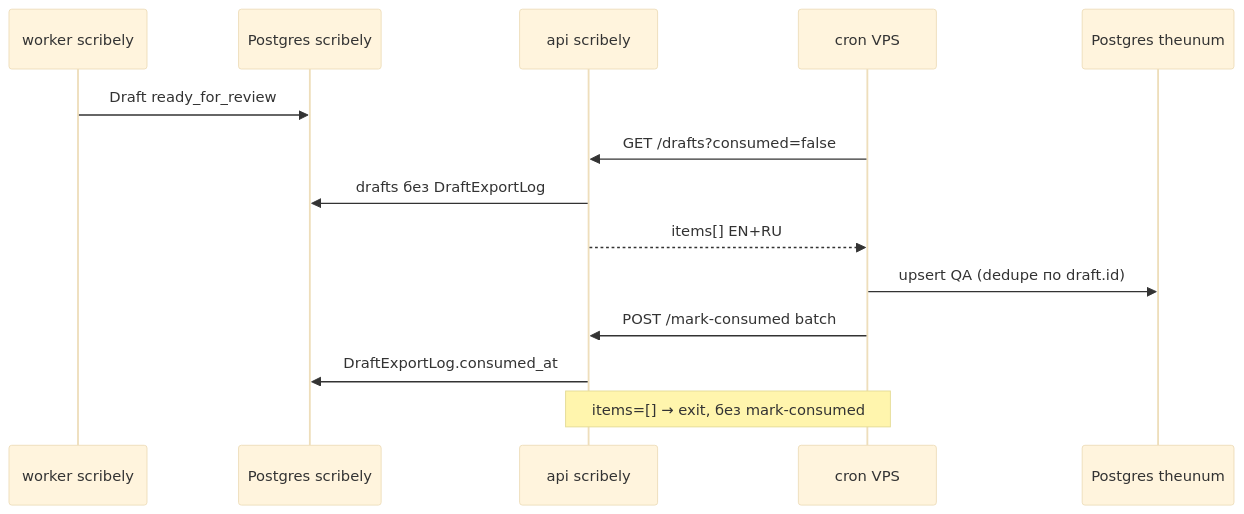
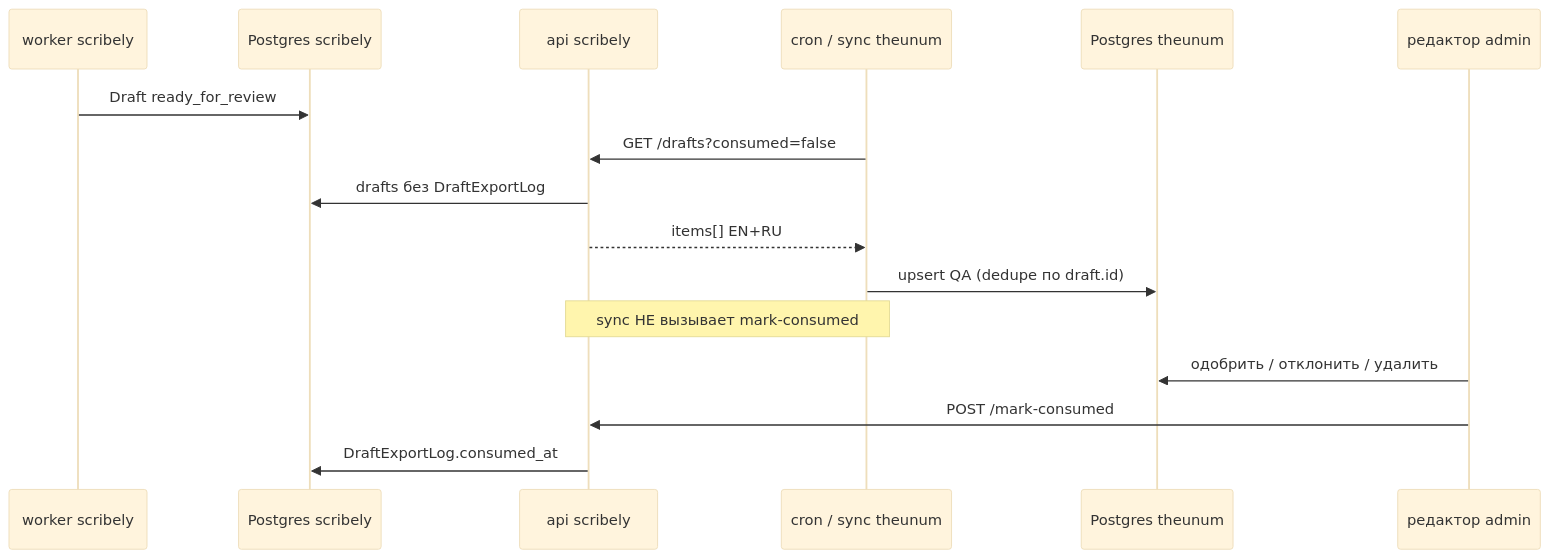
The second of 2 diagrams in docs/Интеграция_theunum_Export_API.md (infotheunum/api-scribely), drawn with Mermaid (base theme) before and after one commit. The commit also changed other lines of this file and 3 other files, not shown here.

First line of the commit message:
docs: mark-consumed on editor decision, not on sync

````diff
--- a/docs/Интеграция_theunum_Export_API.md
+++ b/docs/Интеграция_theunum_Export_API.md
@@ -203,17 +203,19 @@
 ```mermaid
 sequenceDiagram
   participant W as worker scribely
   participant DB as Postgres scribely
   participant API as api scribely
-  participant Cron as cron VPS
+  participant Cron as cron / sync theunum
   participant TDB as Postgres theunum
+  participant Ed as редактор admin
 
   W->>DB: Draft ready_for_review
   Cron->>API: GET /drafts?consumed=false
   API->>DB: drafts без DraftExportLog
   API-->>Cron: items[] EN+RU
   Cron->>TDB: upsert QA (dedupe по draft.id)
-  Cron->>API: POST /mark-consumed batch
+  Note over Cron,API: sync НЕ вызывает mark-consumed
+  Ed->>TDB: одобрить / отклонить / удалить
+  Ed->>API: POST /mark-consumed
   API->>DB: DraftExportLog.consumed_at
-  Note over Cron,API: items=[] → exit, без mark-consumed
 ```
````
